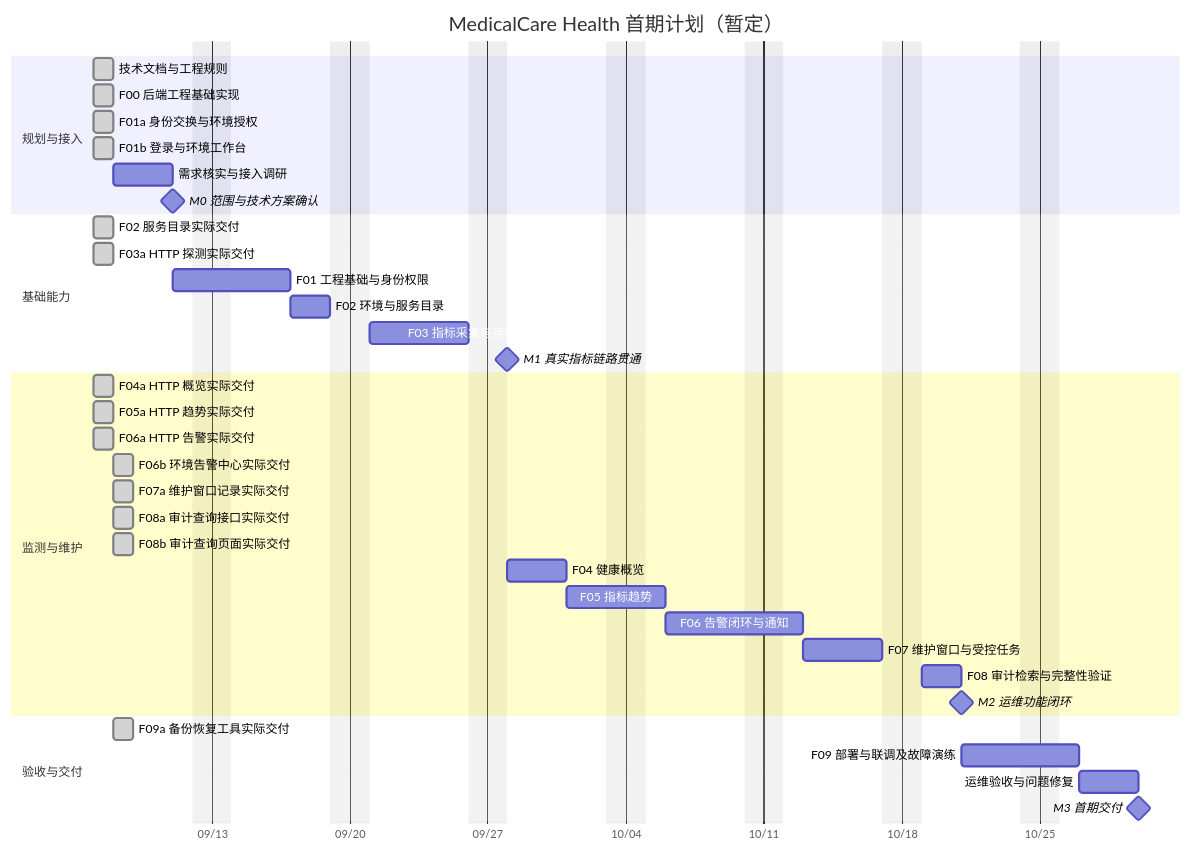
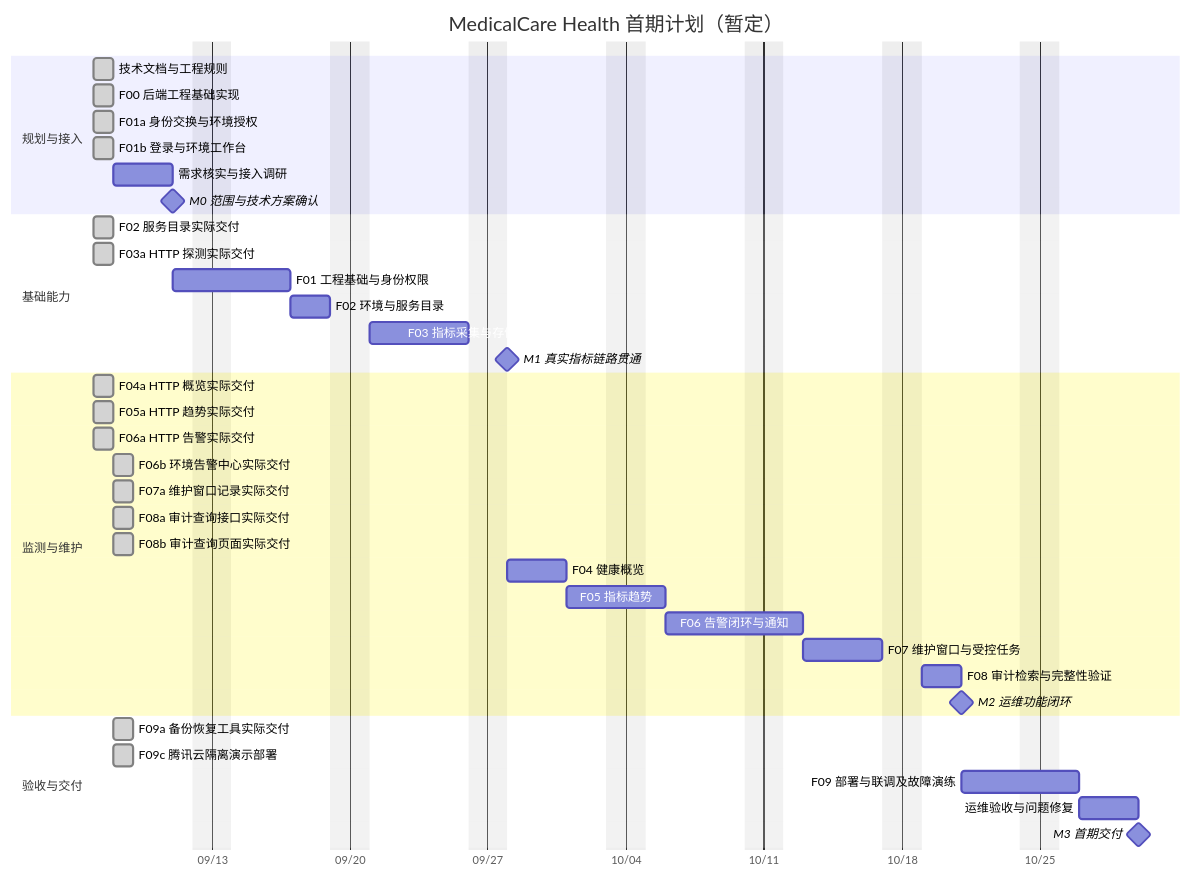
One commit to lafie-s/MedicalCare_Health changed the diagram in docs/project-plan.md. Above: the diagram before and after it, drawn with Mermaid. The commit also changed other lines of this file and 22 other files, not shown here.

````diff
--- a/docs/project-plan.md
+++ b/docs/project-plan.md
@@ -13,40 +13,41 @@
 ```mermaid
 gantt
     title MedicalCare Health 首期计划（暂定）
     dateFormat YYYY-MM-DD
     axisFormat %m/%d
     excludes weekends
     section 规划与接入
     技术文档与工程规则              :done, docs, 2026-09-07, 1d
     F00 后端工程基础实现           :done, f00, 2026-09-07, 1d
     F01a 身份交换与环境授权        :done, f01a, 2026-09-07, 1d
     F01b 登录与环境工作台          :done, f01b, 2026-09-07, 1d
     需求核实与接入调研              :a0, 2026-09-08, 3d
     M0 范围与技术方案确认           :milestone, m0, after a0, 0d
     section 基础能力
     F02 服务目录实际交付           :done, f02actual, 2026-09-07, 1d
     F03a HTTP 探测实际交付         :done, f03actual, 2026-09-07, 1d
     F01 工程基础与身份权限          :a1, after m0, 4d
     F02 环境与服务目录              :a2, after a1, 2d
     F03 指标采集与存储接入          :a3, after a2, 5d
     M1 真实指标链路贯通             :milestone, m1, after a3, 0d
     section 监测与维护
     F04a HTTP 概览实际交付         :done, f04actual, 2026-09-07, 1d
     F05a HTTP 趋势实际交付         :done, f05actual, 2026-09-07, 1d
     F06a HTTP 告警实际交付         :done, f06actual, 2026-09-07, 1d
     F06b 环境告警中心实际交付     :done, f06bactual, 2026-09-08, 1d
     F07a 维护窗口记录实际交付     :done, f07aactual, 2026-09-08, 1d
     F08a 审计查询接口实际交付     :done, f08aactual, 2026-09-08, 1d
     F08b 审计查询页面实际交付     :done, f08bactual, 2026-09-08, 1d
     F04 健康概览                   :a4, after m1, 3d
     F05 指标趋势                   :a5, after a4, 3d
     F06 告警闭环与通知              :a6, after a5, 5d
     F07 维护窗口与受控任务          :a7, after a6, 4d
     F08 审计检索与完整性验证        :a8, after a7, 2d
     M2 运维功能闭环                :milestone, m2, after a8, 0d
     section 验收与交付
     F09a 备份恢复工具实际交付     :done, f09aactual, 2026-09-08, 1d
+    F09c 腾讯云隔离演示部署       :done, f09cactual, 2026-09-08, 1d
     F09 部署与联调及故障演练        :a9, after m2, 4d
     运维验收与问题修复              :a10, after a9, 3d
     M3 首期交付                    :milestone, m3, after a10, 0d
 ```
````
